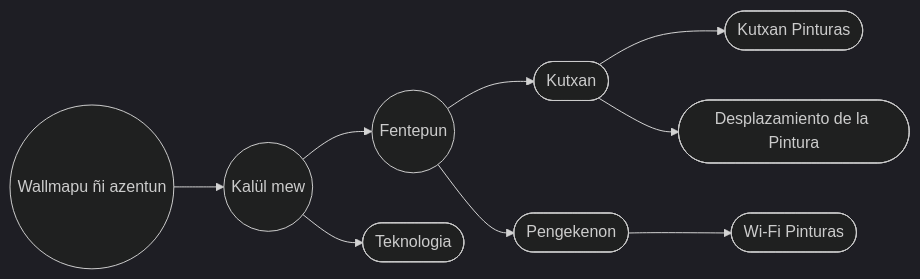
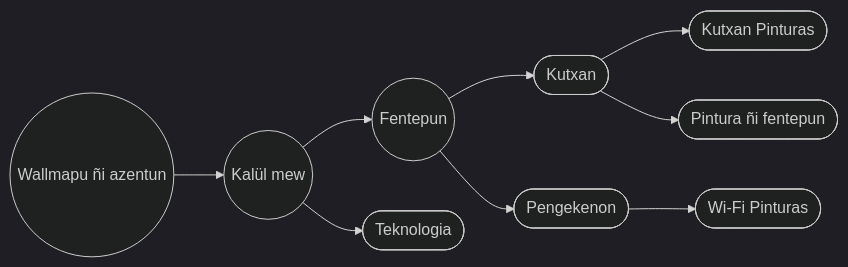
Before and after one commit to EGGS-Artesvisuales/EGGS-Artesvisuales.github.io: the diagram in MPD/saturacion.md, drawn with Mermaid (dark theme). The commit also changed other lines of this file and 11 other files, not shown here.

```diff
--- a/MPD/saturacion.md
+++ b/MPD/saturacion.md
@@ -34,31 +34,31 @@
 <div class="mermaid">
 flowchart LR
   RM((Wallmapu ñi azentun))
   LT((Kalül mew))
   LS((Fentepun))
   LTec([Teknologia])
   LP([Kutxan])
   LI([Pengekenon])
   P([Kutxan Pinturas])
-  DP([Desplazamiento de la Pintura])
+  DP([Pintura ñi fentepun])
   PL([Wi-Fi Pinturas])
 
   RM --> LT
   LT --> LS
   LT --> LTec
   LS --> LP
   LS --> LI
   LP --> P
   LP --> DP
   LI --> PL
 
   click RM "/MPD/mundo-exterior.html" "Amun: Wallmapu ñi azentun"
   click LT "/MPD/tangible.html" "Amun: Kalül mew"
   click LS "/MPD/saturacion.html" "Amun: Fentepun"
   click LTec "/MPD/en-construccion.html" "Amun: Teknologia"
   click LP "/MPD/la-peste.html" "Amun: Kutxan"
   click LI "/MPD/lo-invisible.html" "Amun: Pengekenon"
   click P "/MPD/peste-pinturas-infectadas.html" "Amun: Kutxan Pinturas"
-  click DP "/MPD/desplazamiento-pintura.html" "Amun: Desplazamiento de la Pintura"
-  click PL "/MPD/pinturas-wifi.html" "Amun: Pinturas wi fi"
+  click DP "/MPD/desplazamiento-pintura.html" "Amun: Pintura ñi fentepun"
+  click PL "/MPD/pinturas-wifi.html" "Amun: Wi-Fi Pinturas"
 </div>
```
